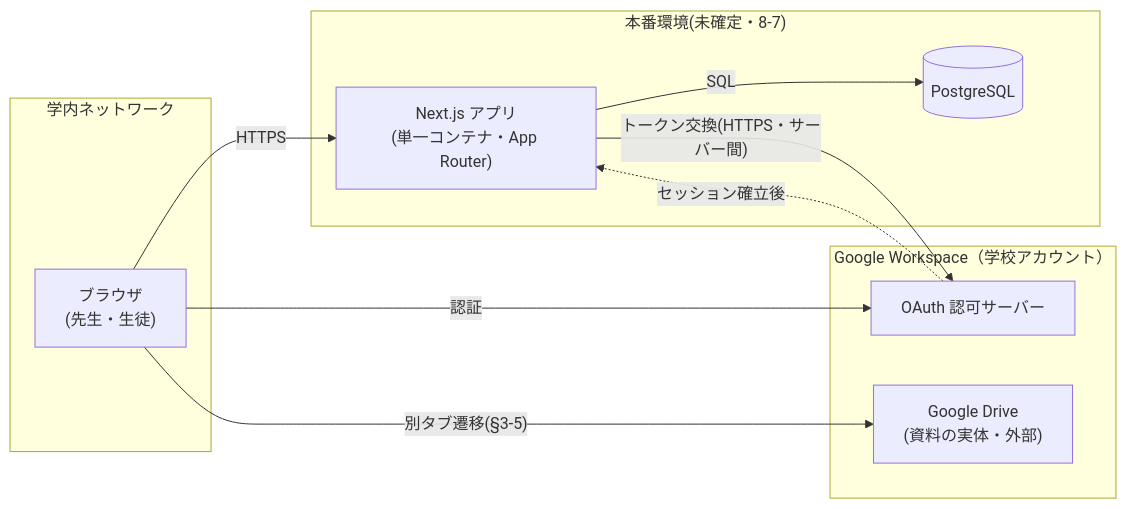
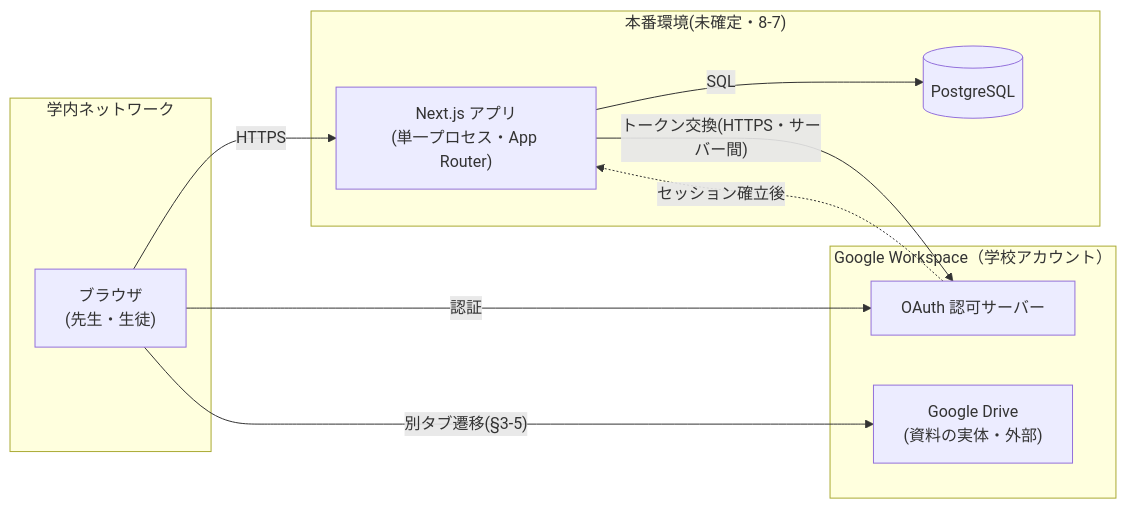
Before and after one commit to 250158hj-maker/yse_compass: the first of 2 diagrams in docs/design/08-architecture.md, drawn with Mermaid. The commit also changed other lines of this file, not shown here.

````diff
--- a/docs/design/08-architecture.md
+++ b/docs/design/08-architecture.md
@@ -58,23 +58,23 @@
 ```mermaid
 flowchart LR
     subgraph 学内ネットワーク
         Browser["ブラウザ<br/>(先生・生徒)"]
     end
 
     subgraph "本番環境(未確定・8-7)"
-        App["Next.js アプリ<br/>(単一コンテナ・App Router)"]
+        App["Next.js アプリ<br/>(単一プロセス・App Router)"]
         DB[("PostgreSQL")]
     end
 
     subgraph Google["Google Workspace（学校アカウント）"]
         OAuth["OAuth 認可サーバー"]
         Drive["Google Drive<br/>(資料の実体・外部)"]
     end
 
     Browser -- "HTTPS" --> App
     App -- "SQL" --> DB
     Browser -- "認証" --> OAuth
     App -- "トークン交換(HTTPS・サーバー間)" --> OAuth
     OAuth -. "セッション確立後" .-> App
     Browser -- "別タブ遷移(§3-5)" --> Drive
 ```
````
